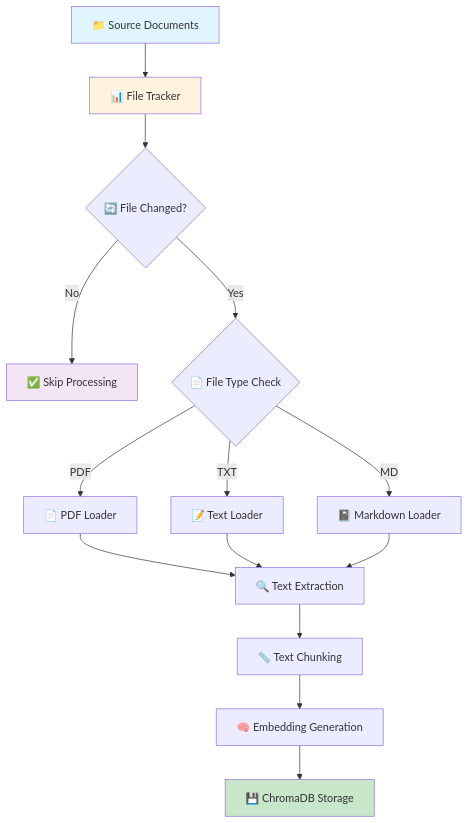
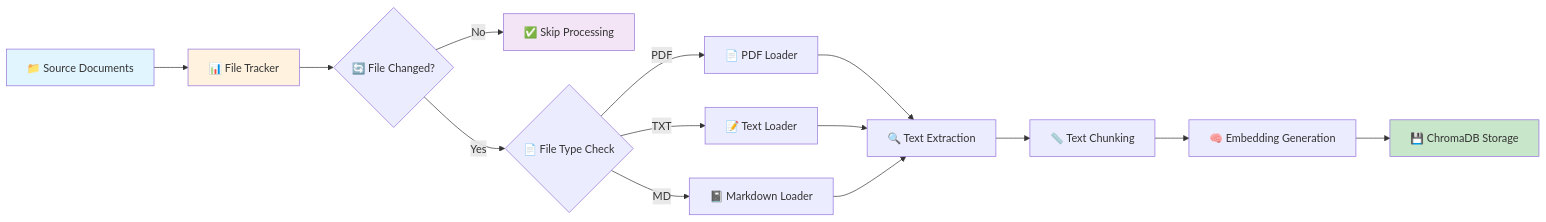
One commit to deepanshudave/rag-langchain-demo changed the first of 2 diagrams in README.md. Above: the diagram before and after it, drawn with Mermaid.

````diff
--- a/README.md
+++ b/README.md
@@ -23,24 +23,24 @@
 ```mermaid
-graph TD
+graph LR
     A[📁 Source Documents] --> B[📊 File Tracker]
     B --> C{🔄 File Changed?}
     C -->|No| D[✅ Skip Processing]
     C -->|Yes| E{📄 File Type Check}
     
     E -->|PDF| F[📄 PDF Loader]
     E -->|TXT| G[📝 Text Loader]
     E -->|MD| H[📓 Markdown Loader]
     
     F --> I[🔍 Text Extraction]
     G --> I
     H --> I
     
     I --> J[📏 Text Chunking]
     J --> K[🧠 Embedding Generation]
     K --> L[💾 ChromaDB Storage]
     
     style A fill:#e1f5fe
     style L fill:#c8e6c9
     style B fill:#fff3e0
     style D fill:#f3e5f5
 ```
````
